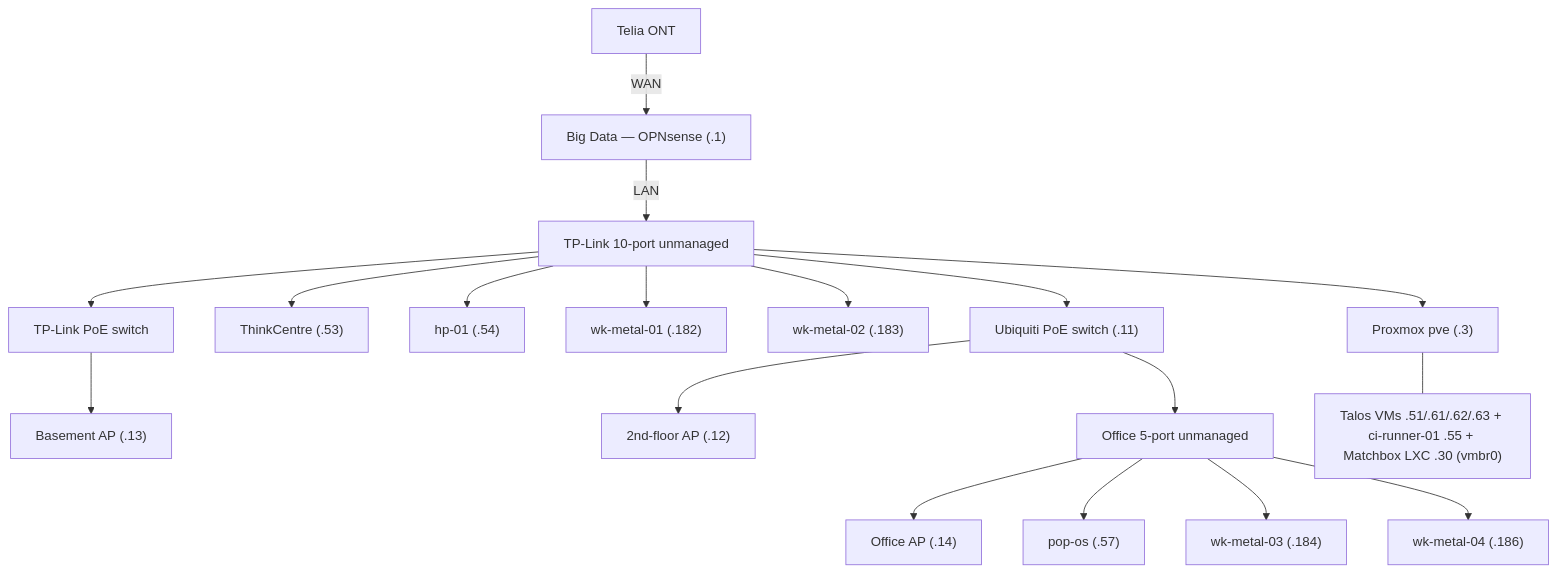
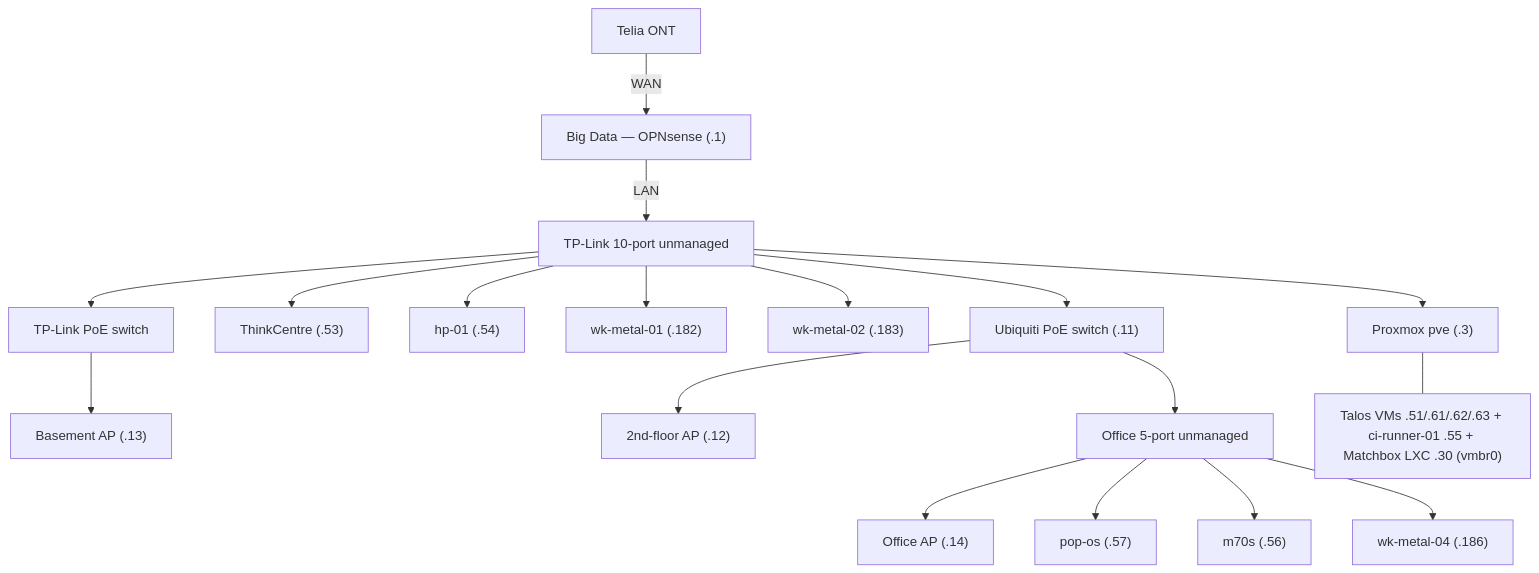
One commit to teststuffstash/homelab changed the diagram in docs/network-physical.md. Above: the diagram before and after it, drawn with Mermaid. The commit also changed other lines of this file, not shown here.

Commit message:
docs(network-physical): m70s on the office 5-port, wk-metal-03 to the basement; the 2026-10-13 PAUSE-storm port wedge

````diff
--- a/docs/network-physical.md
+++ b/docs/network-physical.md
@@ -69,20 +74,20 @@
 ```mermaid
 graph TD
   ONT[Telia ONT] -->|WAN| OPN["Big Data — OPNsense (.1)"]
   OPN -->|LAN| SW10[TP-Link 10-port unmanaged]
   SW10 --> PVE["Proxmox pve (.3)"]
   SW10 --> TC["ThinkCentre (.53)"]
   SW10 --> HP["hp-01 (.54)"]
   SW10 --> WM1["wk-metal-01 (.182)"]
   SW10 --> WM2["wk-metal-02 (.183)"]
   SW10 --> POE1[TP-Link PoE switch]
   SW10 --> UBNT["Ubiquiti PoE switch (.11)"]
   POE1 --> APB["Basement AP (.13)"]
   UBNT --> AP2["2nd-floor AP (.12)"]
   UBNT --> SW5[Office 5-port unmanaged]
   SW5 --> APO["Office AP (.14)"]
   SW5 --> POP["pop-os (.57)"]
-  SW5 --> WM3["wk-metal-03 (.184)"]
+  SW5 --> M70S["m70s (.56)"]
   SW5 --> WM4["wk-metal-04 (.186)"]
   PVE --- VMS["Talos VMs .51/.61/.62/.63 + ci-runner-01 .55 + Matchbox LXC .30 (vmbr0)"]
 ```
````
